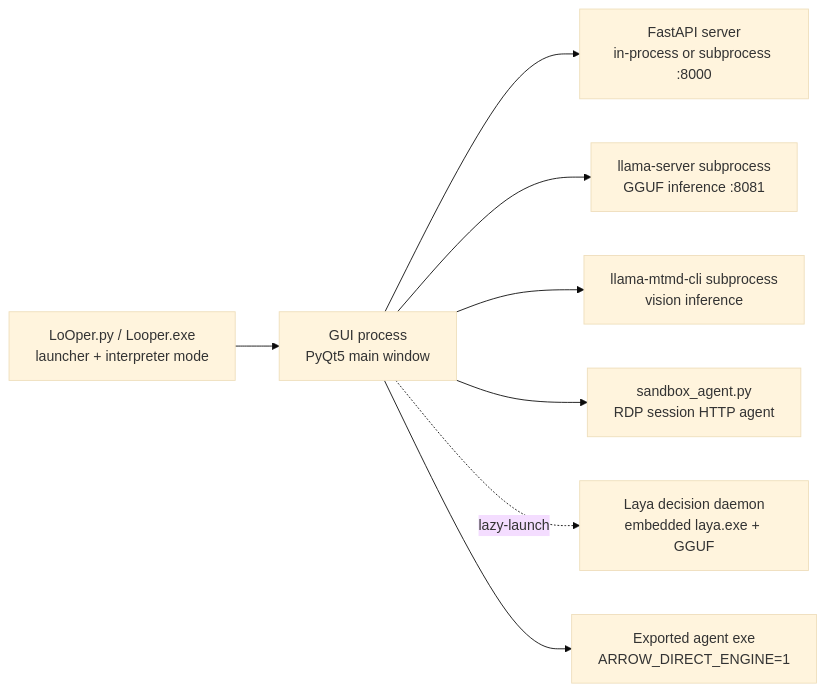
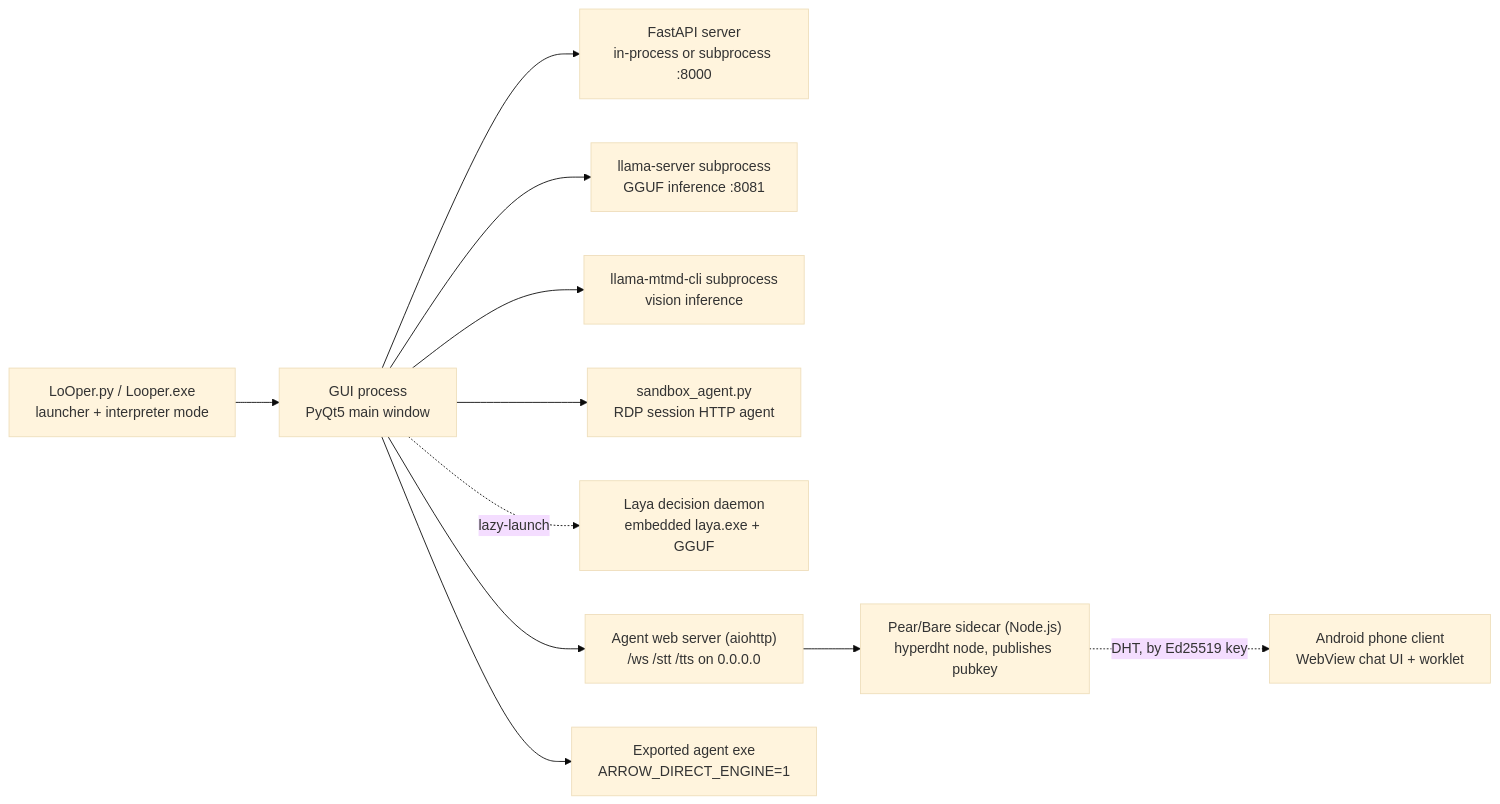
Before and after one commit to RodrigoBenitez343/Arrow: the third of 21 diagrams in LoOper/README.MD, drawn with Mermaid (base theme). The commit also changed other lines of this file and 1 other file, not shown here.

````diff
--- a/LoOper/README.MD
+++ b/LoOper/README.MD
@@ -160,10 +234,13 @@
 ```mermaid
 flowchart LR
     Launcher["LoOper.py / Looper.exe<br/>launcher + interpreter mode"] --> GUI["GUI process<br/>PyQt5 main window"]
     GUI --> APIp["FastAPI server<br/>in-process or subprocess :8000"]
     GUI --> Llama["llama-server subprocess<br/>GGUF inference :8081"]
     GUI --> Mtmd["llama-mtmd-cli subprocess<br/>vision inference"]
     GUI --> Sandbox["sandbox_agent.py<br/>RDP session HTTP agent"]
     GUI -. lazy-launch .-> Laya2["Laya decision daemon<br/>embedded laya.exe + GGUF"]
+    GUI --> WSS["Agent web server (aiohttp)<br/>/ws /stt /tts on 0.0.0.0"]
+    WSS --> Sidecar["Pear/Bare sidecar (Node.js)<br/>hyperdht node, publishes pubkey"]
+    Sidecar -. "DHT, by Ed25519 key" .-> Phone["Android phone client<br/>WebView chat UI + worklet"]
     GUI --> Export["Exported agent exe<br/>ARROW_DIRECT_ENGINE=1"]
 ```
````
